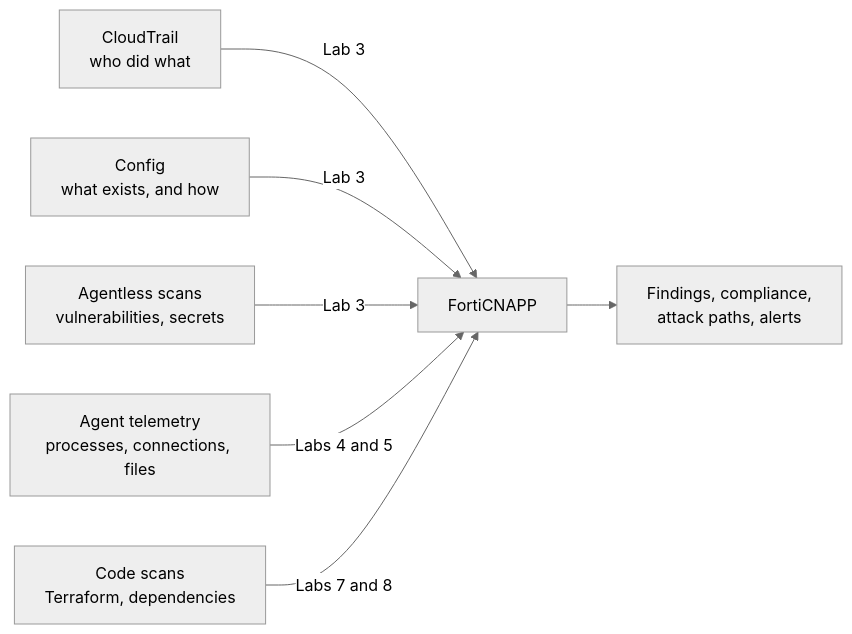
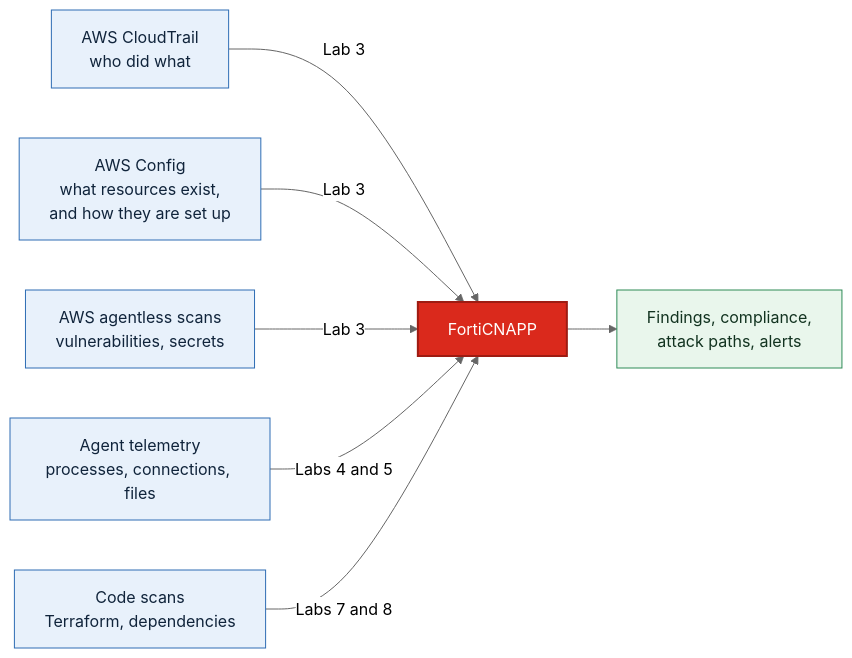
One commit to andrewbearsley/forticnapp-workshop-aws-automated changed the diagram in README.md. Above: the diagram before and after it, drawn with Mermaid (neutral theme).

Commit message:
README: colour the diagram, and name the AWS services properly
Colour by role rather than decoration: the five sources share one blue,
FortiCNAPP is Fortinet red, the output is green. Fills and text colours are
set explicitly in classDef so the diagram survives GitHub's dark theme,
which is where hand-coloured mermaid usually falls apart. Rendered in both
themes before committing.

"Config" on its own was a trip hazard for anyone who has not met AWS
Config, so CloudTrail, Config and agentless scans now carry the AWS
prefix, and Config says what it holds: what resources exist, and how they
are set up.

Agentless stays lowercase because it is FortiCNAPP scanning AWS, not an
AWS service, and a student should not go looking for one.

Claude-Session: https://claude.ai/code/session_012U8fXbmmMrtCVct3EfwV84

````diff
--- a/README.md
+++ b/README.md
@@ -27,9 +27,17 @@
 ```mermaid
 flowchart LR
-    CT["CloudTrail<br/>who did what"] -->|Lab 3| F
-    CFG["Config<br/>what exists, and how"] -->|Lab 3| F
-    AL["Agentless scans<br/>vulnerabilities, secrets"] -->|Lab 3| F
+    CT["AWS CloudTrail<br/>who did what"] -->|Lab 3| F
+    CFG["AWS Config<br/>what resources exist,<br/>and how they are set up"] -->|Lab 3| F
+    AL["AWS agentless scans<br/>vulnerabilities, secrets"] -->|Lab 3| F
     AG["Agent telemetry<br/>processes, connections, files"] -->|Labs 4 and 5| F
     SC["Code scans<br/>Terraform, dependencies"] -->|Labs 7 and 8| F
     F["FortiCNAPP"] --> OUT["Findings, compliance,<br/>attack paths, alerts"]
+
+    classDef source fill:#E8F1FB,stroke:#2E6DB4,stroke-width:1px,color:#10243B
+    classDef platform fill:#DA291C,stroke:#9E1B12,stroke-width:2px,color:#FFFFFF
+    classDef output fill:#E9F6EC,stroke:#2E8B57,stroke-width:1px,color:#123320
+
+    class CT,CFG,AL,AG,SC source
+    class F platform
+    class OUT output
 ```
````
